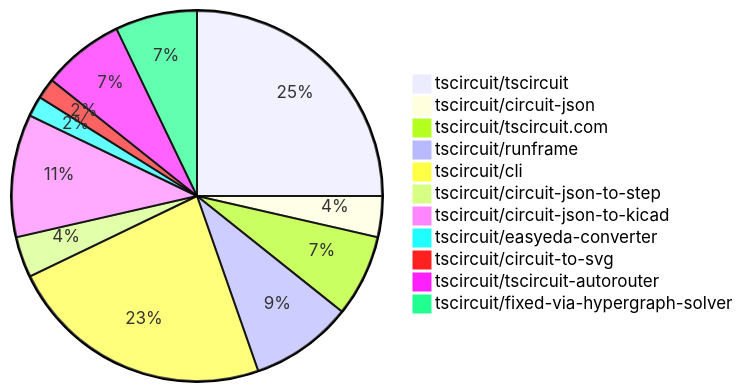
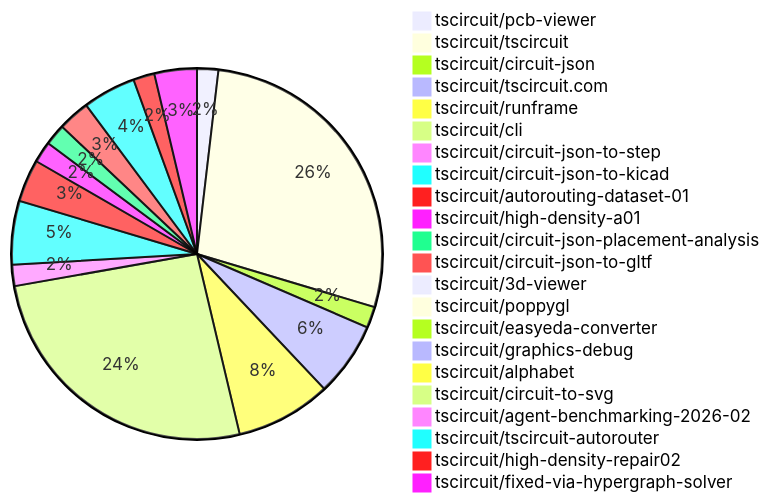
One commit to tscircuit/contribution-tracker changed the diagram in contribution-overviews/2026-03-24.md. Above: the diagram before and after it, drawn with Mermaid. The commit also changed other lines of this file and 3 other files, not shown here.

````diff
--- a/contribution-overviews/2026-03-24.md
+++ b/contribution-overviews/2026-03-24.md
@@ -12,14 +12,25 @@
 ```mermaid
 pie
-    "tscircuit/tscircuit" : 14
+    "tscircuit/pcb-viewer" : 2
+    "tscircuit/tscircuit" : 30
     "tscircuit/circuit-json" : 2
-    "tscircuit/tscircuit.com" : 4
-    "tscircuit/runframe" : 5
-    "tscircuit/cli" : 13
+    "tscircuit/tscircuit.com" : 7
+    "tscircuit/runframe" : 9
+    "tscircuit/cli" : 28
     "tscircuit/circuit-json-to-step" : 2
     "tscircuit/circuit-json-to-kicad" : 6
+    "tscircuit/autorouting-dataset-01" : 4
+    "tscircuit/high-density-a01" : 2
+    "tscircuit/circuit-json-placement-analysis" : 2
+    "tscircuit/circuit-json-to-gltf" : 3
+    "tscircuit/3d-viewer" : 1
+    "tscircuit/poppygl" : 1
     "tscircuit/easyeda-converter" : 1
+    "tscircuit/graphics-debug" : 1
+    "tscircuit/alphabet" : 1
     "tscircuit/circuit-to-svg" : 1
-    "tscircuit/tscircuit-autorouter" : 4
+    "tscircuit/agent-benchmarking-2026-02" : 1
+    "tscircuit/tscircuit-autorouter" : 5
+    "tscircuit/high-density-repair02" : 2
     "tscircuit/fixed-via-hypergraph-solver" : 4
 ```
````
